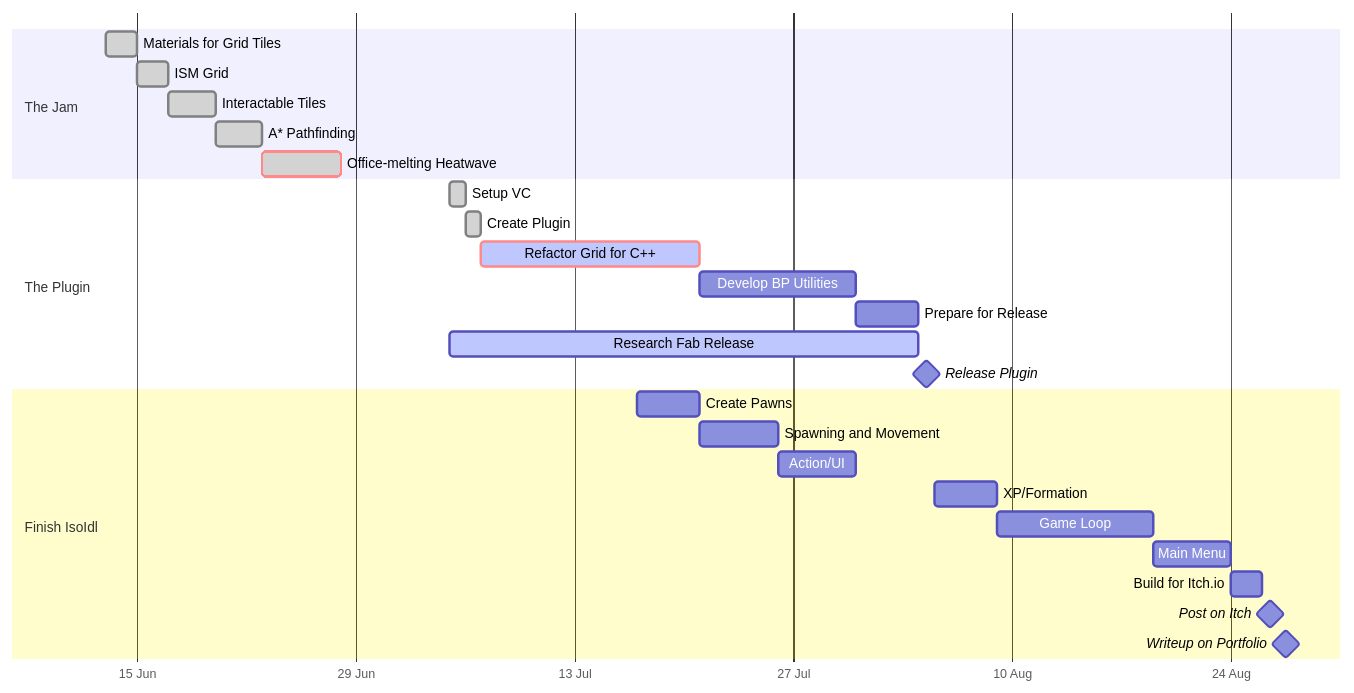
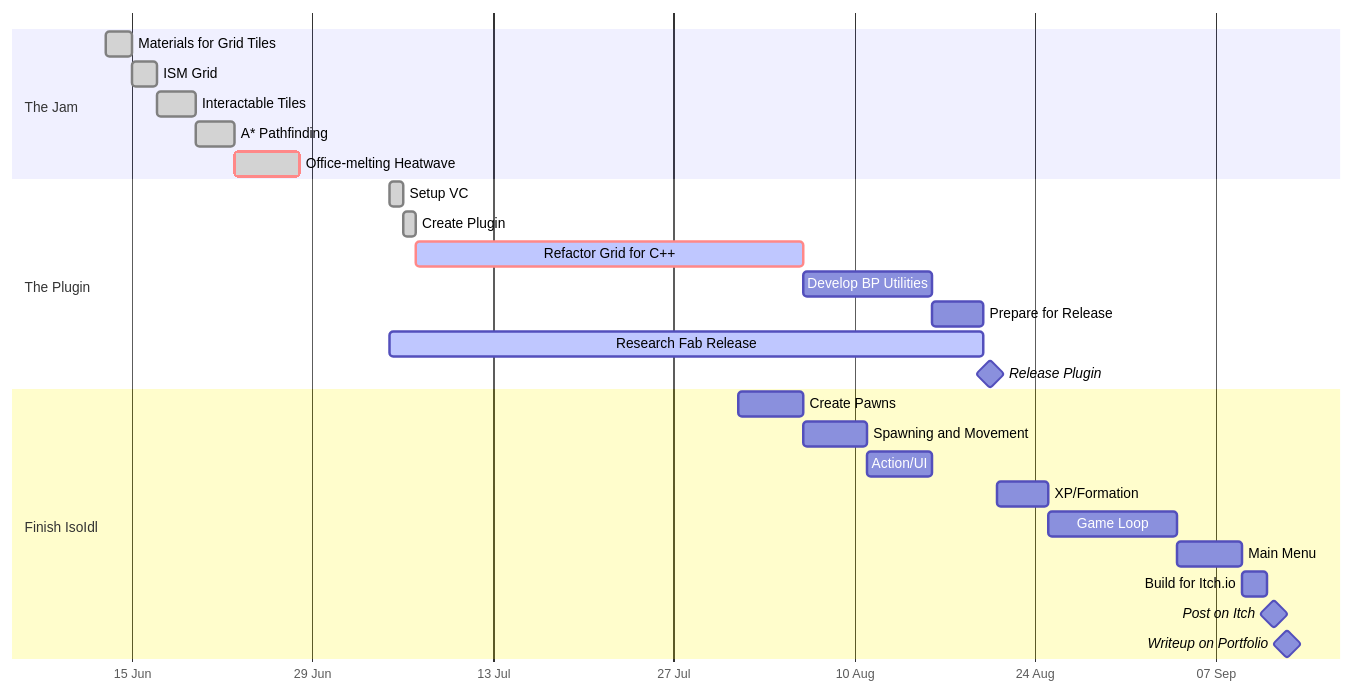
One commit to ambrosiacvet/quartz-devblog changed the diagram in content/June 2025/IsoIdl.md. Above: the diagram before and after it, drawn with Mermaid. The commit also changed 3 other files, not shown here.

````diff
--- a/content/June 2025/IsoIdl.md
+++ b/content/June 2025/IsoIdl.md
@@ -55,33 +55,33 @@
 ```mermaid
 gantt
     dateFormat  MM-DD-YYYY
     axisFormat  %d %b
     tickInterval 2week
 
     section The Jam
 	Materials for Grid Tiles       :done,     mats,         06-13-2025, 2d
 	ISM Grid                       :done,     grid,         after mats, 2d
 	Interactable Tiles             :done,     interact,     after grid, 3d
 	A* Pathfinding                 :done,     path,         after interact, 3d
 	Office-melting Heatwave        :crit, done, heat,       after path, 5d
 
     section The Plugin
     Setup VC                       :done,     vc,           07-05-2025, 1d
     Create Plugin                  :done,     plugin,       after vc, 1d
-    Refactor Grid for C++          :crit, active, refact,       after plugin, 14d
+    Refactor Grid for C++          :crit, active, refact,       after plugin, 30d
 	Develop BP Utilities           :          util,         after refact, 10d
 	Prepare for Release            :          prep,         after util, 4d
 	Research Fab Release           :active,   research,     07-05-2025, until releasep
 	Release Plugin                 :milestone,releasep,     after prep, 1d
 
 	section Finish IsoIdl
-	Create Pawns                   :          pawn,         07-17-2025, until util
+	Create Pawns                   :          pawn,         08-01-2025, until util
 	Spawning and Movement          :          move,         after pawn, 5d
 	Action/UI                      :          ui,           after move, 5d
 	XP/Formation                   :          xp,           after releasep, 4d
 	Game Loop                      :          loop,         after xp, 10d
 	Main Menu                      :          menu,         after loop, 5d
 	Build for Itch.io              :          build,        after menu, 2d
 	Post on Itch                   :milestone,releasei,     after build, 1d
 	Writeup on Portfolio           :milestone,port,         after releasei, 1d
 ```
````
